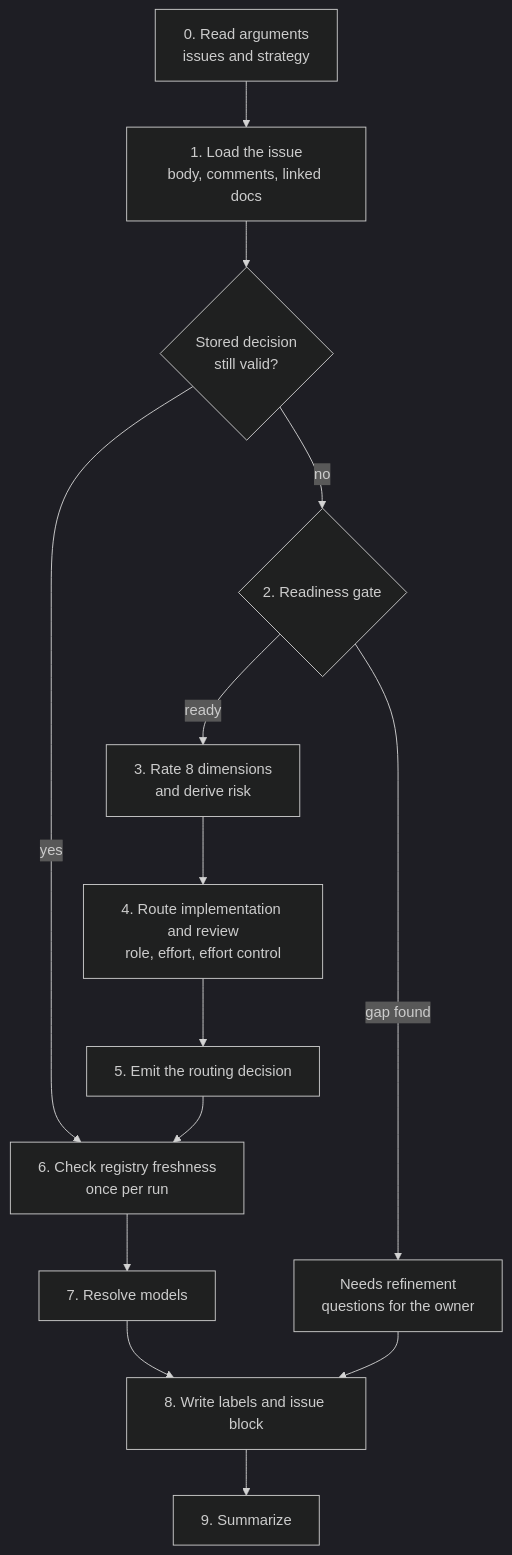
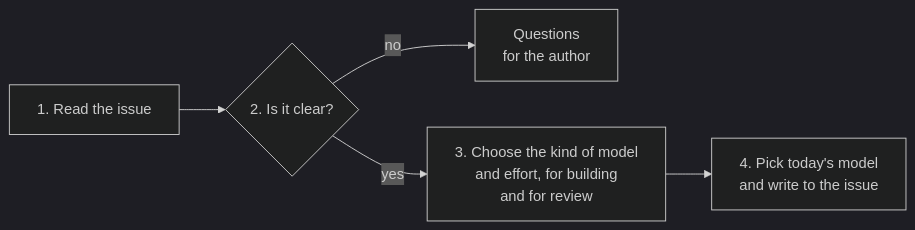
One commit to VictorMarri/ai-execution-router changed the diagram in README.md. Above: the diagram before and after it, drawn with Mermaid (dark theme). The commit also changed other lines of this file, not shown here.

````diff
--- a/README.md
+++ b/README.md
@@ -132,16 +80,7 @@
 ```mermaid
-flowchart TD
-    A["0. Read arguments<br/>issues and strategy"] --> B["1. Load the issue<br/>body, comments, linked docs"]
-    B --> K{"Stored decision<br/>still valid?"}
-    K -->|"yes"| F
-    K -->|"no"| G2{"2. Readiness gate"}
-    G2 -->|"gap found"| NR["Needs refinement<br/>questions for the owner"]
-    G2 -->|"ready"| R3["3. Rate 8 dimensions<br/>and derive risk"]
-    R3 --> R4["4. Route implementation and review<br/>role, effort, effort control"]
-    R4 --> R5["5. Emit the routing decision"]
-    R5 --> F["6. Check registry freshness<br/>once per run"]
-    F --> R7["7. Resolve models"]
-    R7 --> W["8. Write labels and issue block"]
-    NR --> W
-    W --> S9["9. Summarize"]
+flowchart LR
+    A["1. Read the issue"] --> B{"2. Is it clear?"}
+    B -->|"no"| Q["Questions<br/>for the author"]
+    B -->|"yes"| C["3. Choose the kind of model<br/>and effort, for building<br/>and for review"]
+    C --> D["4. Pick today's model<br/>and write to the issue"]
 ```
````
